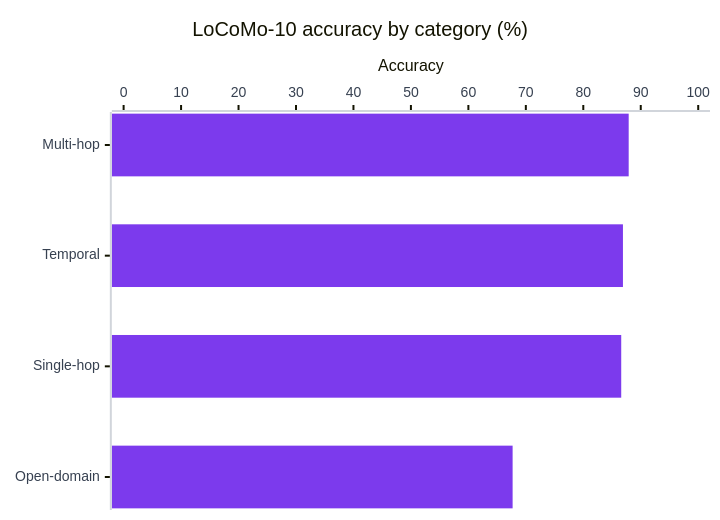
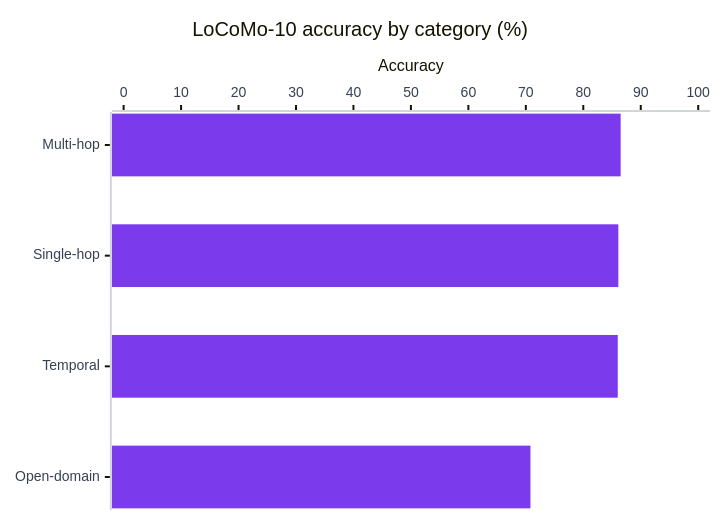
Before and after one commit to ahammadnafiz/engram: the second of 4 diagrams in docs/benchmarks.md, drawn with Mermaid. The commit also changed other lines of this file and 21 other files, not shown here.

First line of the commit message:
docs(benchmark): publish 2026-06-21 runs + dark diagram set

````diff
--- a/docs/benchmarks.md
+++ b/docs/benchmarks.md
@@ -83,19 +85,19 @@
 ```mermaid
 ---
 config:
   theme: base
   themeVariables:
     xyChart:
       backgroundColor: "transparent"
       plotColorPalette: "#7c3aed"
       xAxisLabelColor: "#374151"
       yAxisLabelColor: "#374151"
       xAxisLineColor: "#d1d5db"
       yAxisLineColor: "#d1d5db"
 ---
 xychart-beta horizontal
     title "LoCoMo-10 accuracy by category (%)"
-    x-axis ["Multi-hop", "Temporal", "Single-hop", "Open-domain"]
+    x-axis ["Multi-hop", "Single-hop", "Temporal", "Open-domain"]
     y-axis "Accuracy" 0 --> 100
-    bar [87.9, 86.9, 86.6, 67.7]
+    bar [86.5, 86.1, 86.0, 70.8]
 ```
````
